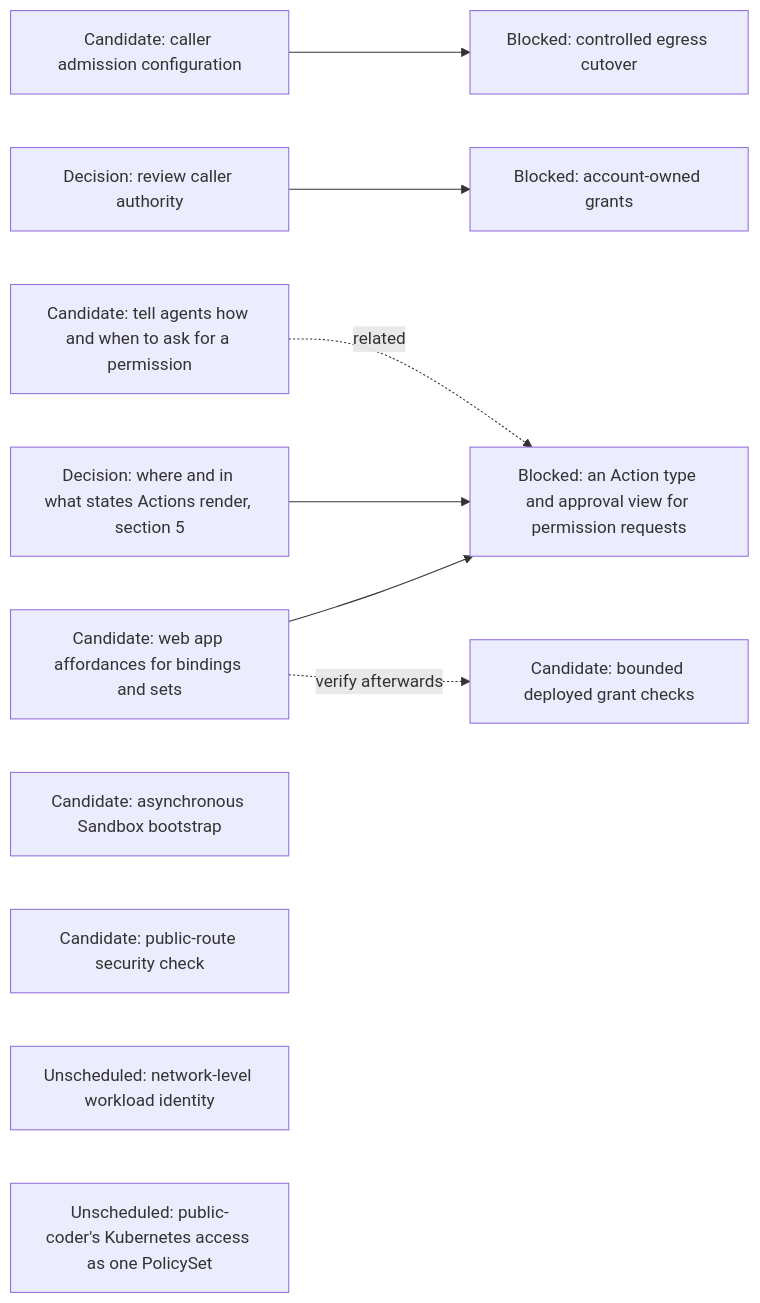
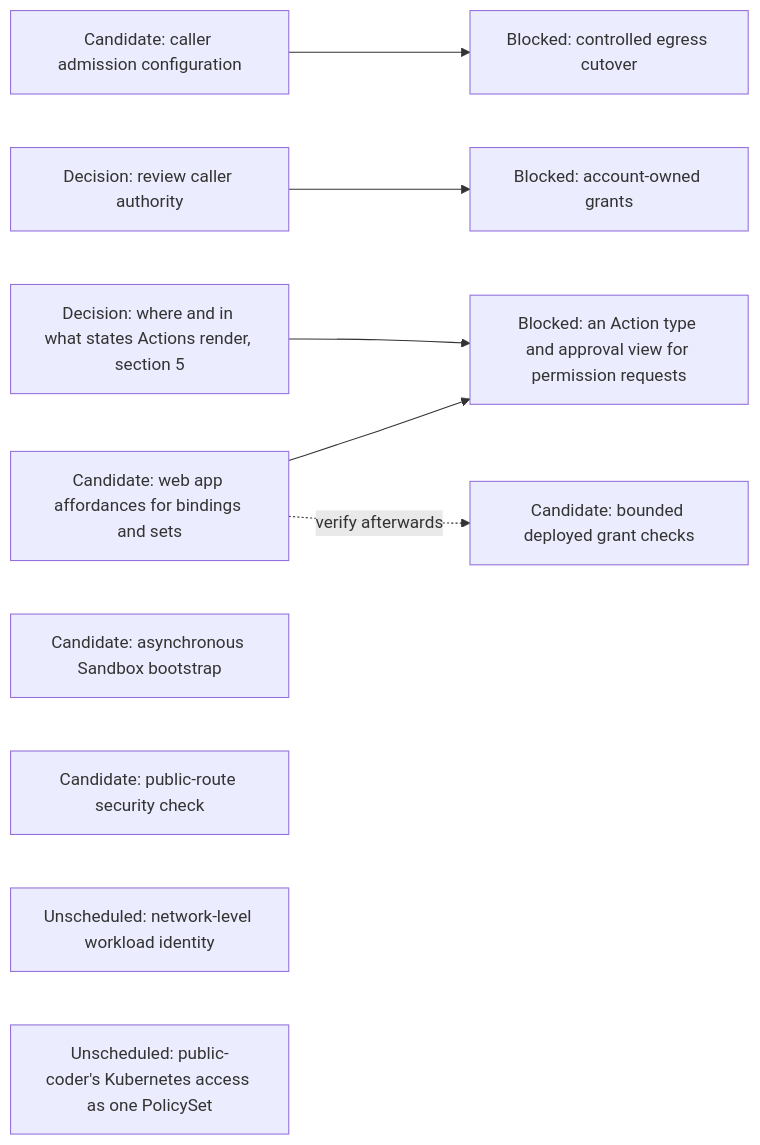
Before and after one commit to agentydragon-agent/ducktape: the eighth of 15 diagrams in agentplane/plans/task_dag.md, drawn with Mermaid. The commit also changed other lines of this file and 3 other files, not shown here.

````diff
--- a/agentplane/plans/task_dag.md
+++ b/agentplane/plans/task_dag.md
@@ -562,18 +562,16 @@
 ```mermaid
 flowchart LR
     PC_EGRESS_CREDENTIALS[Candidate: caller admission configuration] --> PC_EGRESS[Blocked: controlled egress cutover]
     CLAUDE_AI_SA[Decision: review caller authority] --> MANAGED_SA_RBAC[Blocked: account-owned grants]
     POLICY_RUNTIME_GRANTS[Candidate: web app affordances for bindings and sets]
-    AGENT_PERMISSION_INSTRUCTIONS[Candidate: tell agents how and when to ask for a permission]
     AGENT_PERMISSION_REQUESTS[Blocked: an Action type and approval view for permission requests]
     ACTION_SURFACES_DESIGN[Decision: where and in what states Actions render, section 5]
     POLICY_RUNTIME_GRANTS --> AGENT_PERMISSION_REQUESTS
     ACTION_SURFACES_DESIGN --> AGENT_PERMISSION_REQUESTS
-    AGENT_PERMISSION_INSTRUCTIONS -. related .-> AGENT_PERMISSION_REQUESTS
     POLICY_RUNTIME_GRANTS -. verify afterwards .-> SANDBOX_RBAC
     BOOTSTRAP_PROGRESS_CONTRACT[Candidate: asynchronous Sandbox bootstrap]
     SANDBOX_RBAC[Candidate: bounded deployed grant checks]
     NOTIFICATION_INGRESS_BOUNDARY[Candidate: public-route security check]
     NETWORK_WORKLOAD_IDENTITY[Unscheduled: network-level workload identity]
     PC_KUBERNETES_POLICY_SET[Unscheduled: public-coder's Kubernetes access as one PolicySet]
 ```
````
